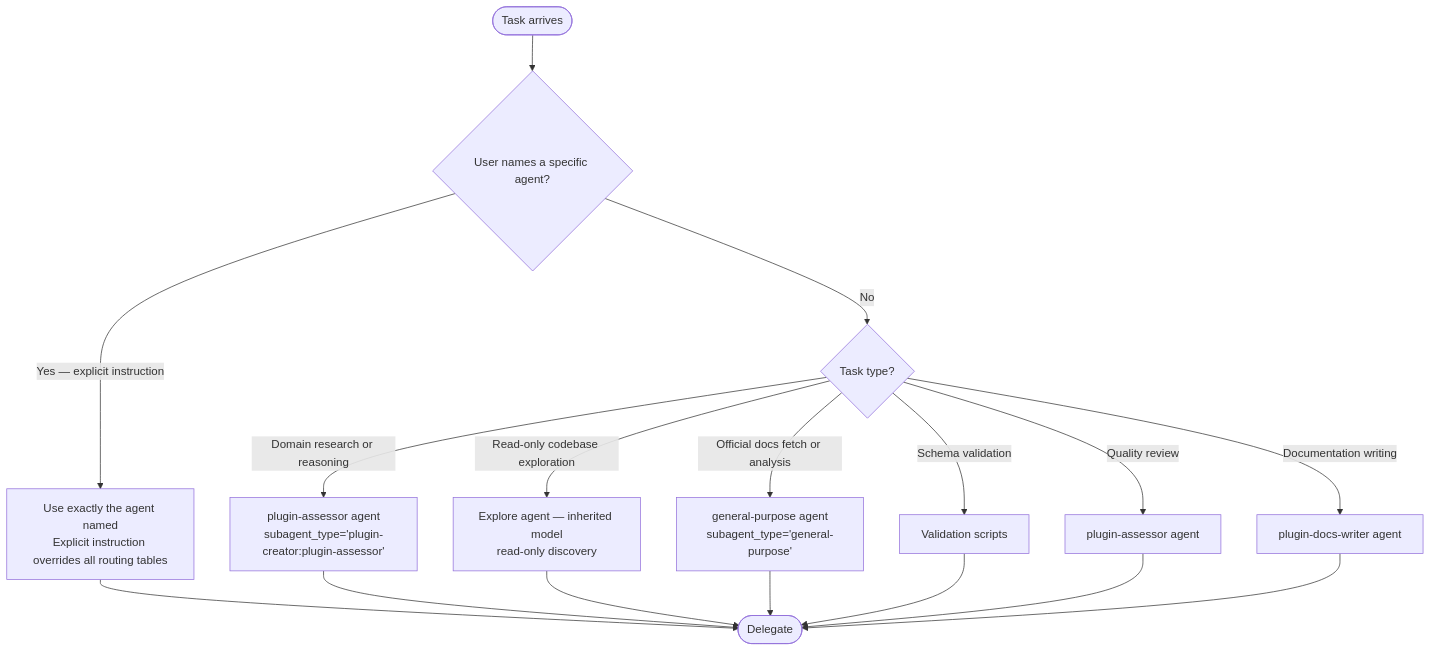
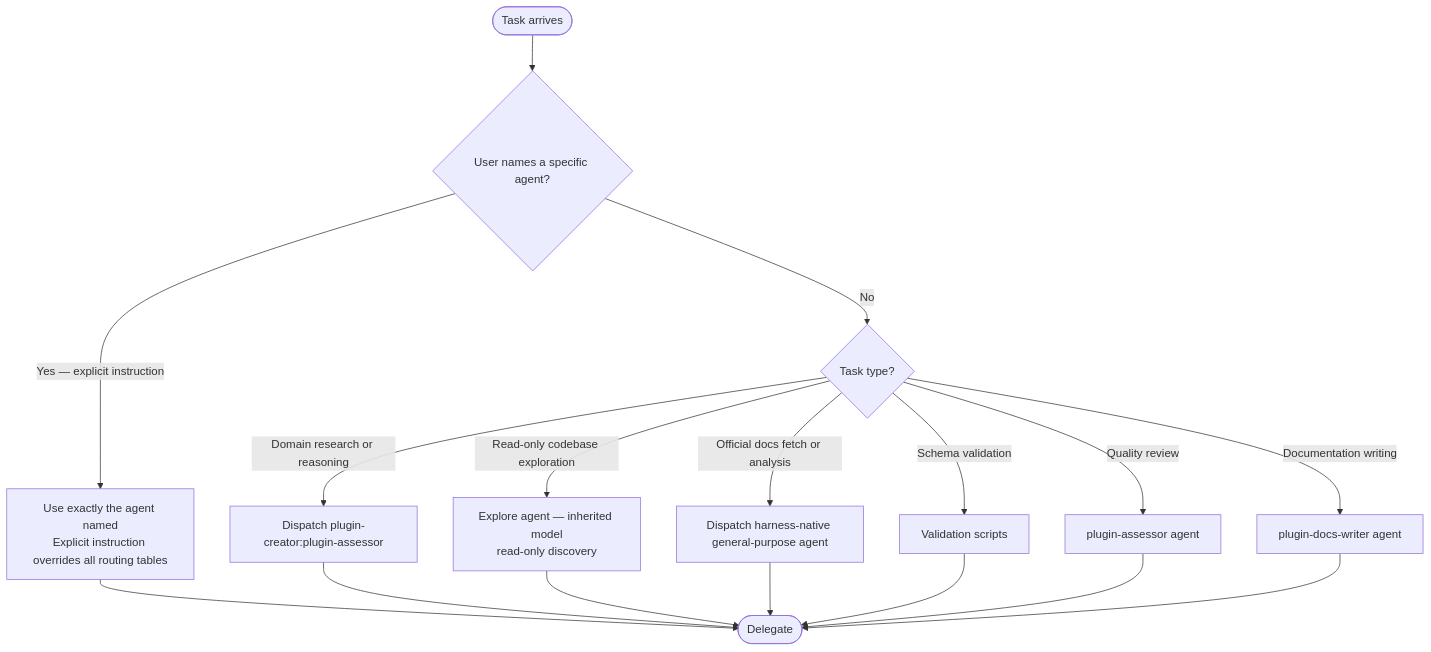
One commit to Jamie-BitFlight/claude_skills changed the first of 2 diagrams in plugins/plugin-creator/skills/plugin-creator/SKILL.md. Above: the diagram before and after it, drawn with Mermaid. The commit also changed other lines of this file and 84 other files, not shown here.

Commit message:
refactor(plugin-creator): trim agent guidance

````diff
--- a/plugins/plugin-creator/skills/plugin-creator/SKILL.md
+++ b/plugins/plugin-creator/skills/plugin-creator/SKILL.md
@@ -23,19 +23,19 @@
 ```mermaid
 flowchart TD
     Start([Task arrives]) --> Q1{User names a specific agent?}
     Q1 -->|Yes — explicit instruction| Override["Use exactly the agent named<br>Explicit instruction overrides all routing tables"]
     Q1 -->|No| Q2{Task type?}
-    Q2 -->|Domain research or reasoning| CG["plugin-assessor agent<br>subagent_type='plugin-creator:plugin-assessor'"]
+    Q2 -->|Domain research or reasoning| CG["Dispatch plugin-creator:plugin-assessor"]
     Q2 -->|Read-only codebase exploration| Explore["Explore agent — inherited model<br>read-only discovery"]
-    Q2 -->|Official docs fetch or analysis| GP["general-purpose agent<br>subagent_type='general-purpose'"]
+    Q2 -->|Official docs fetch or analysis| GP["Dispatch harness-native general-purpose agent"]
     Q2 -->|Schema validation| Scripts[Validation scripts]
     Q2 -->|Quality review| Assessor["plugin-assessor agent"]
     Q2 -->|Documentation writing| Docs["plugin-docs-writer agent"]
     Override --> Done([Delegate])
     CG --> Done
     Explore --> Done
     GP --> Done
     Scripts --> Done
     Assessor --> Done
     Docs --> Done
 ```
````
